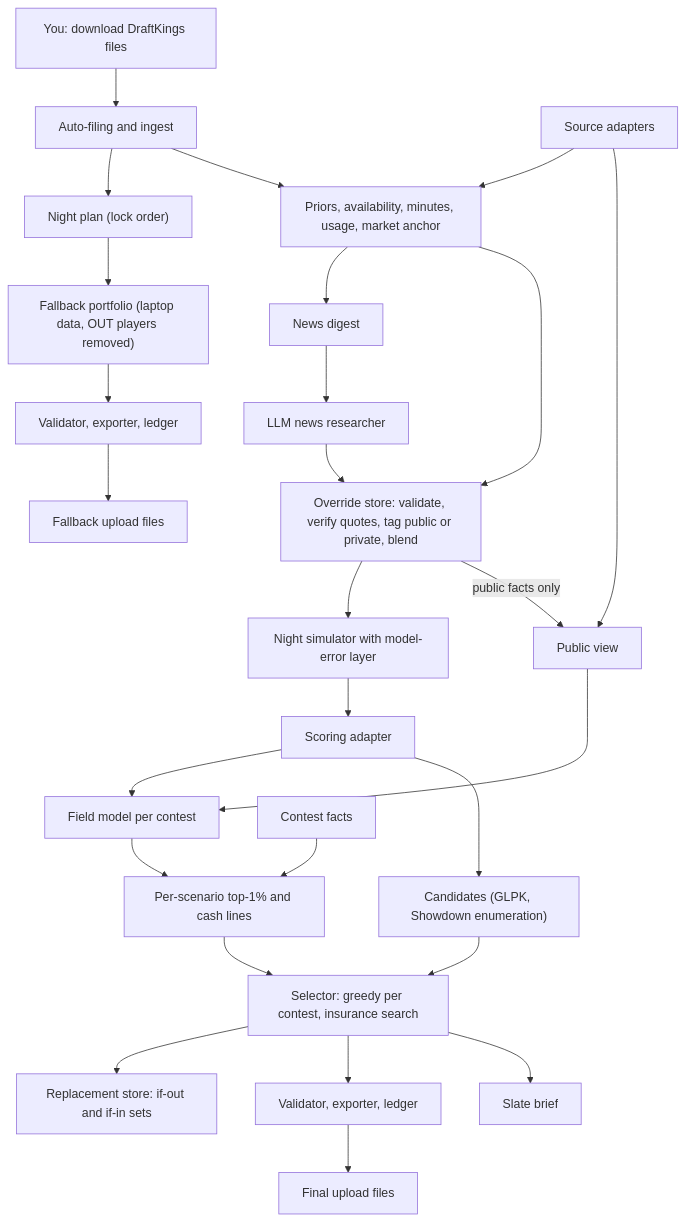
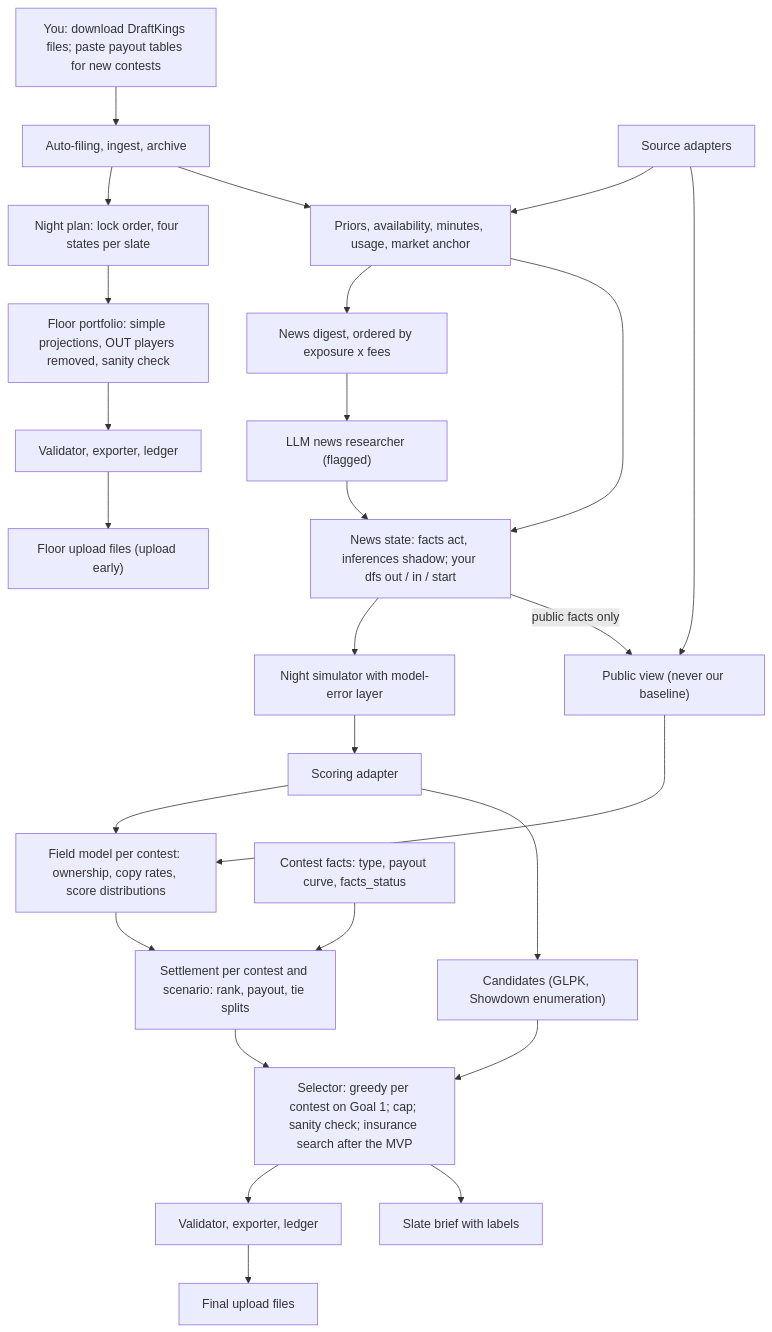
Before and after one commit to bleeski/nba-dfs: the first of 3 diagrams in docs/ARCHITECTURE.md, drawn with Mermaid. The commit also changed other lines of this file and 40 other files, not shown here.

````diff
--- a/docs/ARCHITECTURE.md
+++ b/docs/ARCHITECTURE.md
@@ -218,29 +216,28 @@
 ```mermaid
 flowchart TD
-    DL["You: download DraftKings files"] --> AF["Auto-filing and ingest"]
-    AF --> NP["Night plan (lock order)"]
-    NP --> FB["Fallback portfolio (laptop data, OUT players removed)"]
-    FB --> V1["Validator, exporter, ledger"]
-    V1 --> UP1["Fallback upload files"]
+    DL["You: download DraftKings files; paste payout tables for new contests"] --> AF["Auto-filing, ingest, archive"]
+    AF --> NP["Night plan: lock order, four states per slate"]
+    NP --> FL["Floor portfolio: simple projections, OUT players removed, sanity check"]
+    FL --> V1["Validator, exporter, ledger"]
+    V1 --> UP1["Floor upload files (upload early)"]
     SRC["Source adapters"] --> PRJ["Priors, availability, minutes, usage, market anchor"]
     AF --> PRJ
-    PRJ --> ND["News digest"]
-    ND --> NR["LLM news researcher"]
-    NR --> OV["Override store: validate, verify quotes, tag public or private, blend"]
-    PRJ --> OV
-    OV --> SIM["Night simulator with model-error layer"]
+    PRJ --> ND["News digest, ordered by exposure x fees"]
+    ND --> NR["LLM news researcher (flagged)"]
+    NR --> NS["News state: facts act, inferences shadow; your dfs out / in / start"]
+    PRJ --> NS
+    NS --> SIM["Night simulator with model-error layer"]
     SIM --> SC["Scoring adapter"]
-    OV -->|public facts only| PUB["Public view"]
+    NS -->|public facts only| PUB["Public view (never our baseline)"]
     SRC --> PUB
-    PUB --> FLD["Field model per contest"]
+    PUB --> FLD["Field model per contest: ownership, copy rates, score distributions"]
     SC --> FLD
-    CF["Contest facts"] --> TH["Per-scenario top-1% and cash lines"]
-    FLD --> TH
+    CF["Contest facts: type, payout curve, facts_status"] --> SET["Settlement per contest and scenario: rank, payout, tie splits"]
+    FLD --> SET
     SC --> CAND["Candidates (GLPK, Showdown enumeration)"]
-    CAND --> SEL["Selector: greedy per contest, insurance search"]
-    TH --> SEL
-    SEL --> LN["Replacement store: if-out and if-in sets"]
+    CAND --> SEL["Selector: greedy per contest on Goal 1; cap; sanity check; insurance search after the MVP"]
+    SET --> SEL
     SEL --> V2["Validator, exporter, ledger"]
     V2 --> UP2["Final upload files"]
-    SEL --> BR["Slate brief"]
+    SEL --> BR["Slate brief with labels"]
 ```
````
